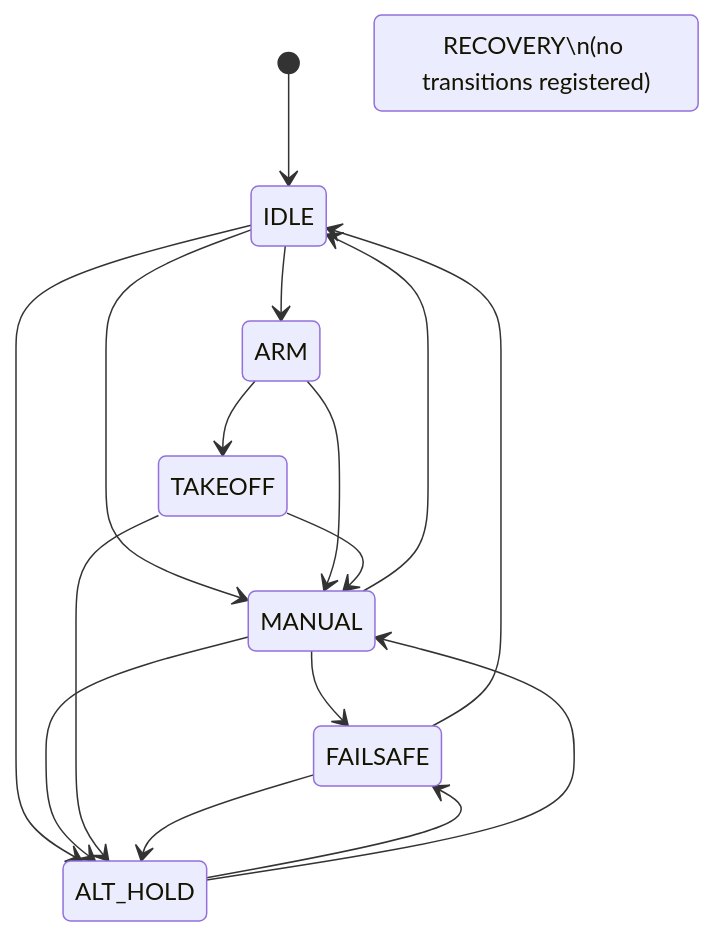
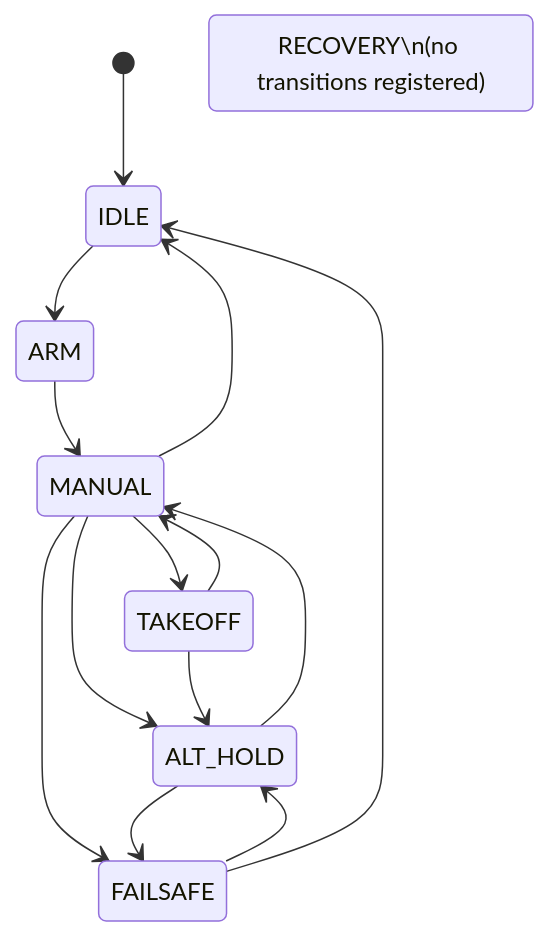
Before and after one commit to mayaboker/bt_ws: the diagram in bt_app/docs/state_machine_transitions.md, drawn with Mermaid. The commit also changed other lines of this file and 14 other files, not shown here.

````diff
--- a/bt_app/docs/state_machine_transitions.md
+++ b/bt_app/docs/state_machine_transitions.md
@@ -9,27 +9,24 @@
 ```mermaid
 stateDiagram-v2
     [*] --> IDLE
 
     IDLE --> ARM
-    IDLE --> MANUAL
-    IDLE --> ALT_HOLD
+    ARM --> MANUAL
 
-    ARM --> MANUAL
-    ARM --> TAKEOFF
-
+    MANUAL --> TAKEOFF
     MANUAL --> FAILSAFE
     MANUAL --> IDLE
     MANUAL --> ALT_HOLD
 
     TAKEOFF --> ALT_HOLD
     TAKEOFF --> MANUAL
 
     ALT_HOLD --> FAILSAFE
     ALT_HOLD --> MANUAL
 
     FAILSAFE --> ALT_HOLD
     FAILSAFE --> IDLE
 
 
     state "RECOVERY\n(no transitions registered)" as RECOVERY
 ```
````
